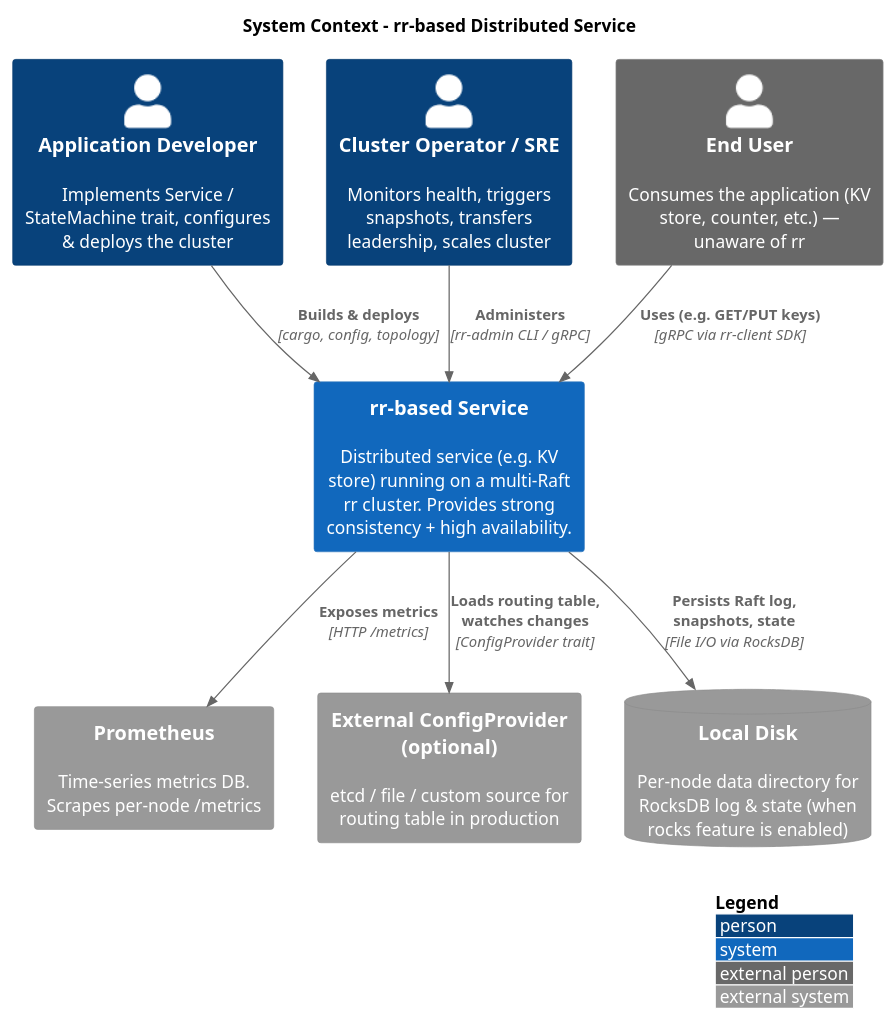
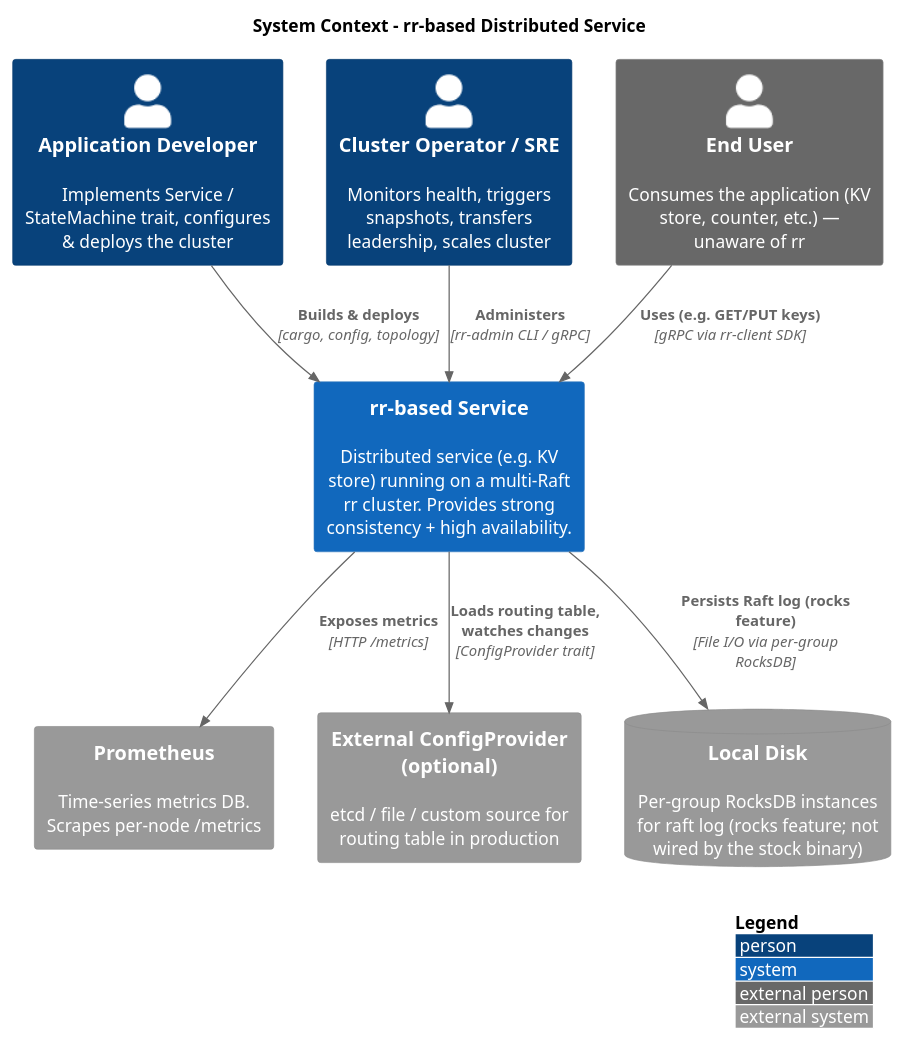
The diagram in docs/docs/architecture/c4/context.md (gardenias/rr), drawn with PlantUML before and after one commit. The commit also changed other lines of this file and 18 other files, not shown here.

First line of the commit message:
docs(architecture): correct factual drift against current code

````diff
--- a/docs/docs/architecture/c4/context.md
+++ b/docs/docs/architecture/c4/context.md
@@ -15,26 +15,26 @@
 ```plantuml
 @startuml
 !include <C4/C4_Context.puml>
 
 title System Context - rr-based Distributed Service
 
 Person(developer, "Application Developer", "Implements Service / StateMachine trait, configures & deploys the cluster")
 Person(operator, "Cluster Operator / SRE", "Monitors health, triggers snapshots, transfers leadership, scales cluster")
 Person_Ext(end_user, "End User", "Consumes the application (KV store, counter, etc.) — unaware of rr")
 
 System(rr_service, "rr-based Service", "Distributed service (e.g. KV store) running on a multi-Raft rr cluster. Provides strong consistency + high availability.")
 
 System_Ext(prometheus, "Prometheus", "Time-series metrics DB. Scrapes per-node /metrics")
 System_Ext(config_store, "External ConfigProvider (optional)", "etcd / file / custom source for routing table in production")
-SystemDb_Ext(disk, "Local Disk", "Per-node data directory for RocksDB log & state (when rocks feature is enabled)")
+SystemDb_Ext(disk, "Local Disk", "Per-group RocksDB instances for raft log (rocks feature; not wired by the stock binary)")
 
 Rel(end_user, rr_service, "Uses (e.g. GET/PUT keys)", "gRPC via rr-client SDK")
 Rel(developer, rr_service, "Builds & deploys", "cargo, config, topology")
 Rel(operator, rr_service, "Administers", "rr-admin CLI / gRPC")
 Rel(rr_service, prometheus, "Exposes metrics", "HTTP /metrics")
-Rel(rr_service, disk, "Persists Raft log, snapshots, state", "File I/O via RocksDB")
+Rel(rr_service, disk, "Persists Raft log (rocks feature)", "File I/O via per-group RocksDB")
 Rel(rr_service, config_store, "Loads routing table, watches changes", "ConfigProvider trait")
 
 LAYOUT_WITH_LEGEND()
 @enduml
 ```
````
